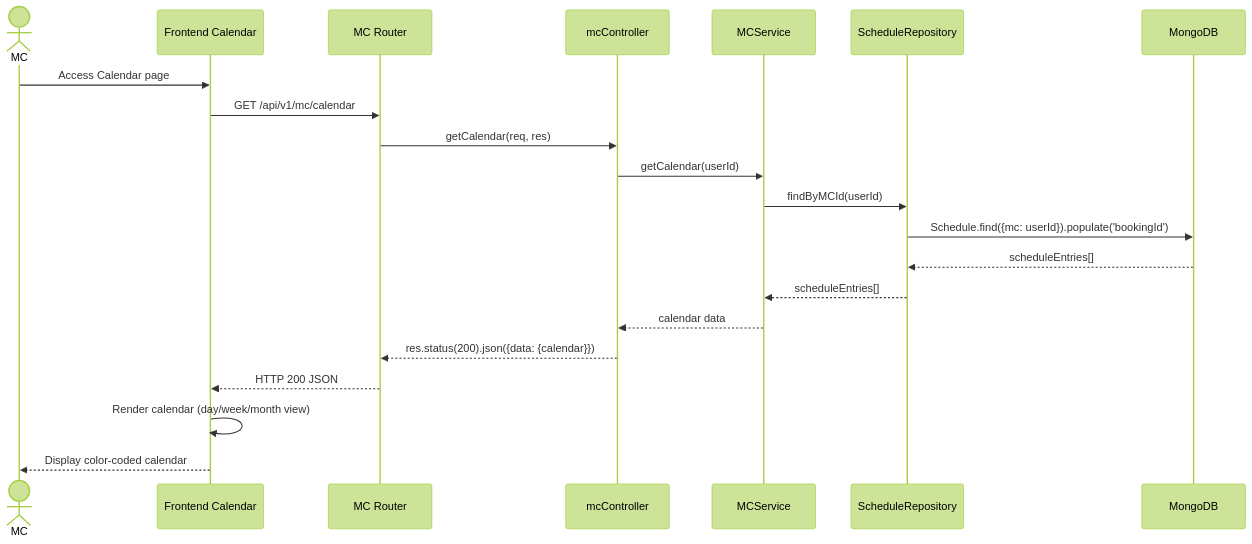
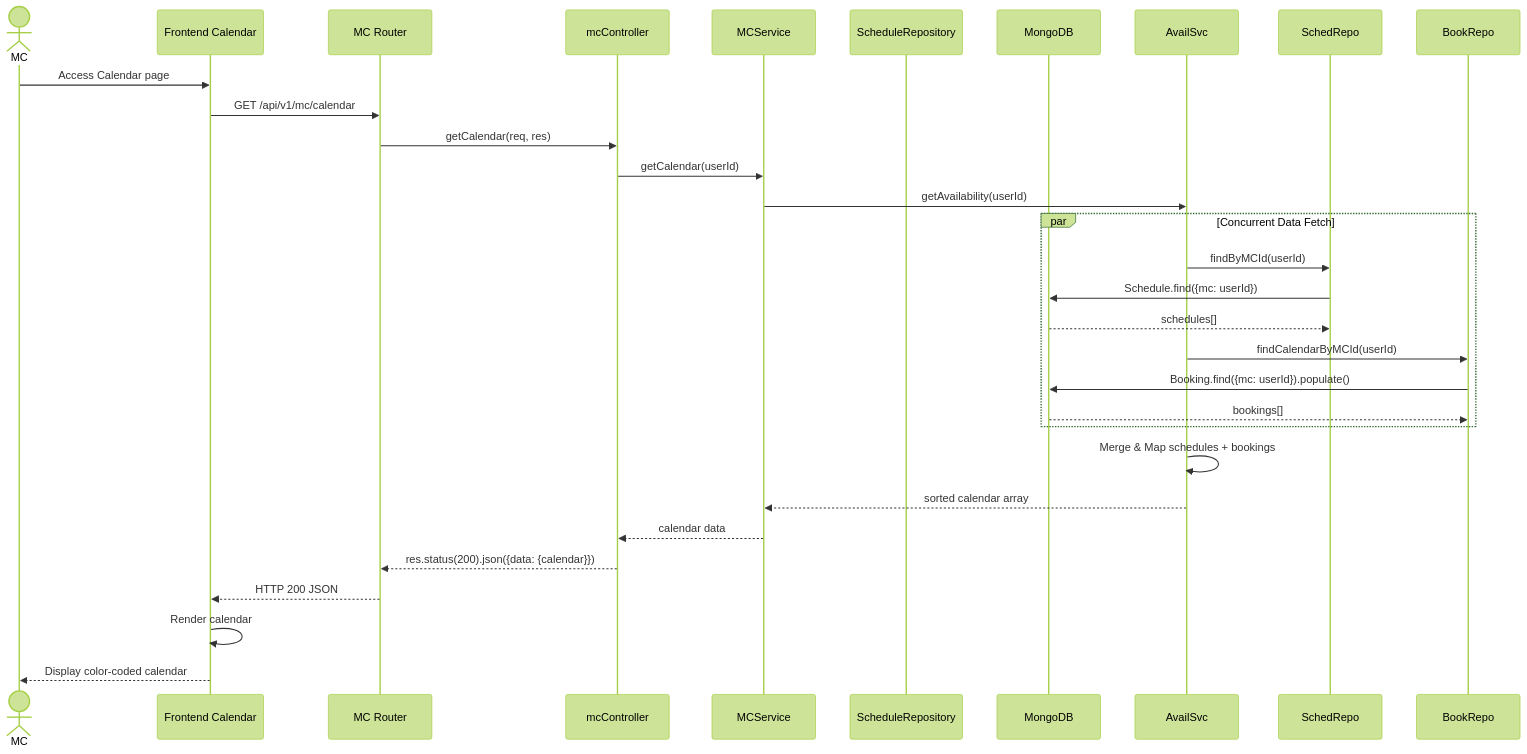
Before and after one commit to dat-21/SWD392: diagram 12 of 51 in UC_Diagrams_EN.md, drawn with Mermaid (forest theme). The commit also changed other lines of this file and 1 other file, not shown here.

Commit message:
docs: Refine UC diagrams and flows for media upload, schedule, and availability management, removing complex backend checks and notification dispatches.

````diff
--- a/UC_Diagrams_EN.md
+++ b/UC_Diagrams_EN.md
@@ -441,24 +440,34 @@
 ```mermaid
 sequenceDiagram
     actor MC
     participant FE as Frontend Calendar
     participant Router as MC Router
     participant Ctrl as mcController
     participant Svc as MCService
     participant Repo as ScheduleRepository
     participant DB as MongoDB
 
     MC->>FE: Access Calendar page
     FE->>Router: GET /api/v1/mc/calendar
     Router->>Ctrl: getCalendar(req, res)
     Ctrl->>Svc: getCalendar(userId)
-    Svc->>Repo: findByMCId(userId)
-    Repo->>DB: Schedule.find({mc: userId}).populate('bookingId')
-    DB-->>Repo: scheduleEntries[]
-    Repo-->>Svc: scheduleEntries[]
+    Svc->>AvailSvc: getAvailability(userId)
+    
+    par Concurrent Data Fetch
+        AvailSvc->>SchedRepo: findByMCId(userId)
+        SchedRepo->>DB: Schedule.find({mc: userId})
+        DB-->>SchedRepo: schedules[]
+        
+        AvailSvc->>BookRepo: findCalendarByMCId(userId)
+        BookRepo->>DB: Booking.find({mc: userId}).populate()
+        DB-->>BookRepo: bookings[]
+    end
+    
+    AvailSvc->>AvailSvc: Merge & Map schedules + bookings
+    AvailSvc-->>Svc: sorted calendar array
     Svc-->>Ctrl: calendar data
     Ctrl-->>Router: res.status(200).json({data: {calendar}})
     Router-->>FE: HTTP 200 JSON
-    FE->>FE: Render calendar (day/week/month view)
+    FE->>FE: Render calendar
     FE-->>MC: Display color-coded calendar
 ```
````
